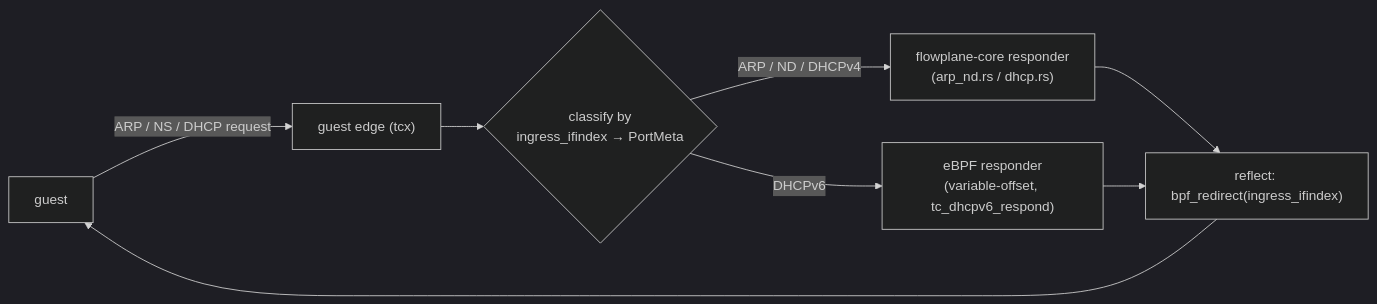
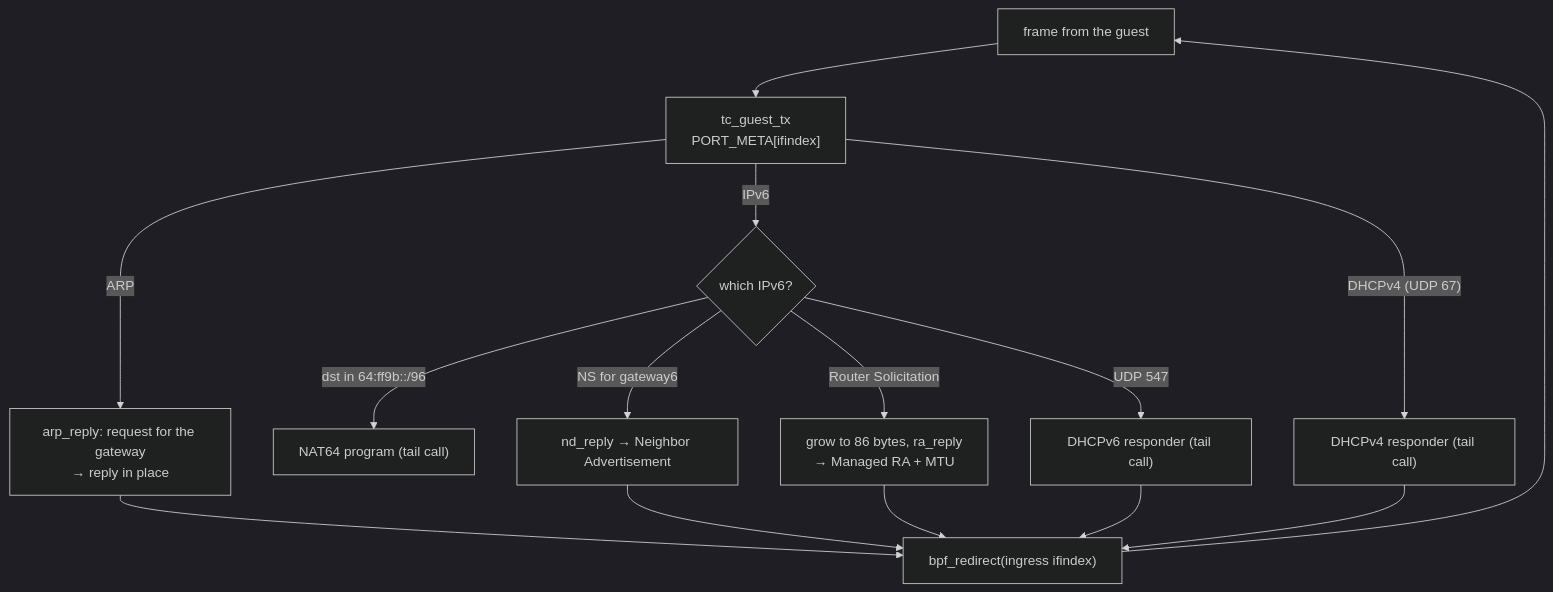
The diagram in docs/features/dhcp-arp-nd.md (trevex/ectobase), drawn with Mermaid (dark theme) before and after one commit. The commit also changed other lines of this file and 57 other files, not shown here.

First line of the commit message:
docs: rework concepts, architecture, networking, operating, reference and contributing

````diff
--- a/docs/features/dhcp-arp-nd.md
+++ b/docs/features/dhcp-arp-nd.md
@@ -59,10 +30,17 @@
 ```mermaid
-flowchart LR
-    G[guest] -->|"ARP / NS / DHCP request"| E["guest edge (tcx)"]
-    E --> C{classify by<br/>ingress_ifindex → PortMeta}
-    C -->|ARP / ND / DHCPv4| PC["flowplane-core responder<br/>(arp_nd.rs / dhcp.rs)"]
-    C -->|DHCPv6| EB["eBPF responder<br/>(variable-offset, tc_dhcpv6_respond)"]
-    PC --> R["reflect: bpf_redirect(ingress_ifindex)"]
-    EB --> R
-    R --> G
+flowchart TD
+    g["frame from the guest"] --> tx["tc_guest_tx<br/>PORT_META[ifindex]"]
+    tx -->|ARP| arp["arp_reply: request for the gateway<br/>→ reply in place"]
+    tx -->|IPv6| v6{"which IPv6?"}
+    v6 -->|"dst in 64:ff9b::/96"| nat64["NAT64 program (tail call)"]
+    v6 -->|"NS for gateway6"| nd["nd_reply → Neighbor Advertisement"]
+    v6 -->|"Router Solicitation"| ra["grow to 86 bytes, ra_reply<br/>→ Managed RA + MTU"]
+    v6 -->|"UDP 547"| d6["DHCPv6 responder (tail call)"]
+    tx -->|"DHCPv4 (UDP 67)"| d4["DHCPv4 responder (tail call)"]
+    arp --> back["bpf_redirect(ingress ifindex)"]
+    nd --> back
+    ra --> back
+    d6 --> back
+    d4 --> back
+    back --> g
 ```
````
